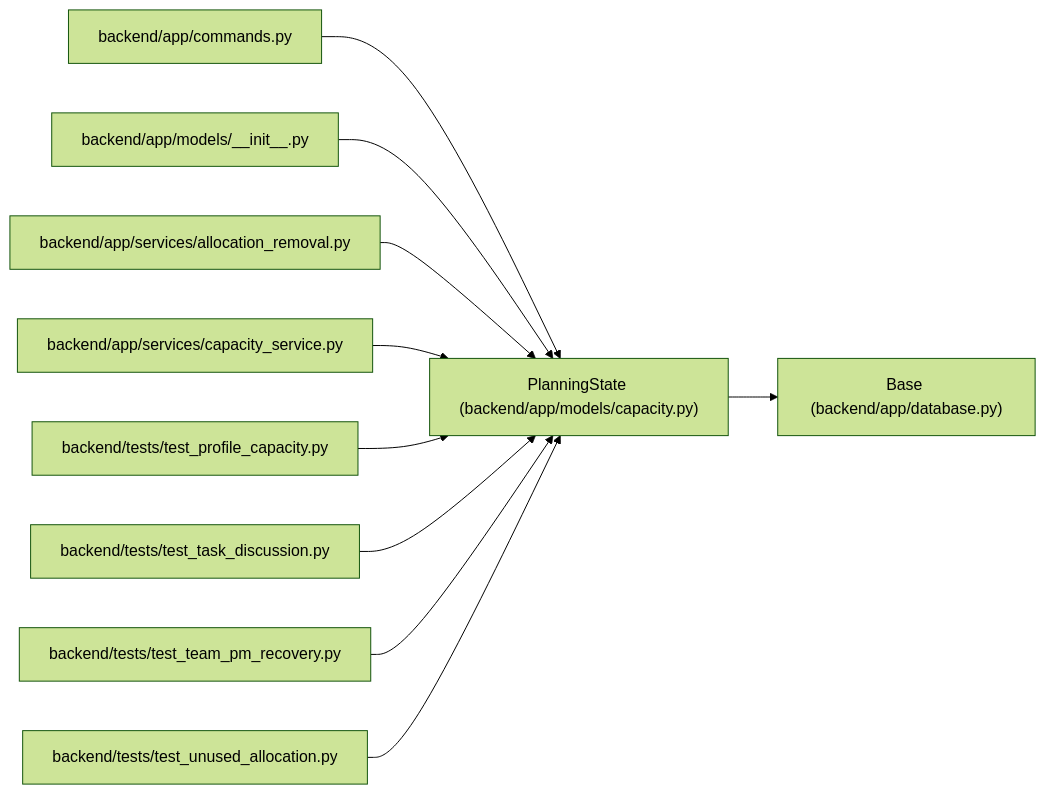
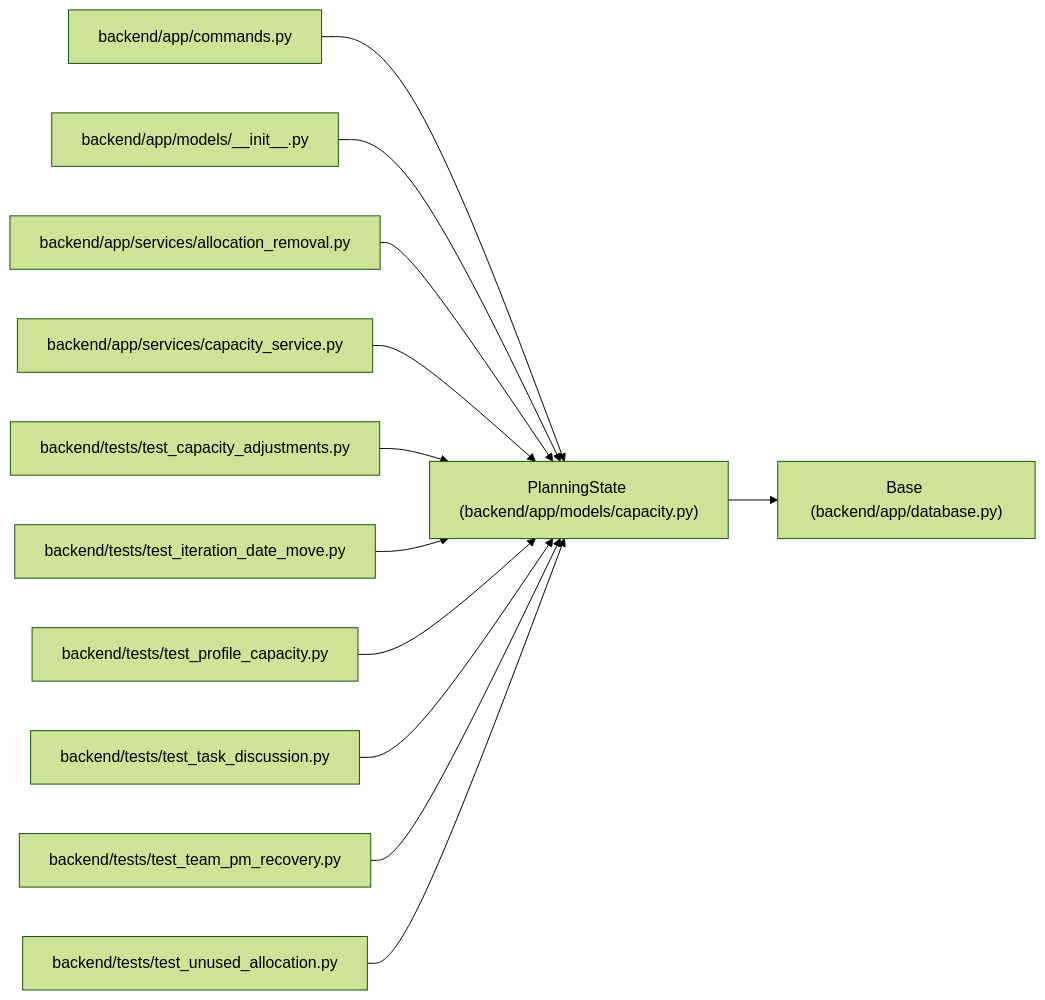
Before and after one commit to Denissvgn/WorkChord: the diagram in docs/llm_wiki/entities/PlanningState.md, drawn with Mermaid (forest theme). The commit also changed other lines of this file and 1817 other files, not shown here.

First line of the commit message:
Refresh the architectural wiki for the 1.9.0 changes

````diff
--- a/docs/llm_wiki/entities/PlanningState.md
+++ b/docs/llm_wiki/entities/PlanningState.md
@@ -26,32 +26,38 @@
 ```mermaid
 flowchart LR
     n0["PlanningState (backend/app/models/capacity.py)"]
     n1["Base (backend/app/database.py)"]
     n2["backend/app/commands.py"]
     n3["backend/app/models/__init__.py"]
     n4["backend/app/services/allocation_removal.py"]
     n5["backend/app/services/capacity_service.py"]
-    n6["backend/tests/test_profile_capacity.py"]
-    n7["backend/tests/test_task_discussion.py"]
-    n8["backend/tests/test_team_pm_recovery.py"]
-    n9["backend/tests/test_unused_allocation.py"]
+    n6["backend/tests/test_capacity_adjustments.py"]
+    n7["backend/tests/test_iteration_date_move.py"]
+    n8["backend/tests/test_profile_capacity.py"]
+    n9["backend/tests/test_task_discussion.py"]
+    n10["backend/tests/test_team_pm_recovery.py"]
+    n11["backend/tests/test_unused_allocation.py"]
     n0 --> n1
     n2 --> n0
     n3 --> n0
     n4 --> n0
     n5 --> n0
     n6 --> n0
     n7 --> n0
     n8 --> n0
     n9 --> n0
+    n10 --> n0
+    n11 --> n0
     click n0 "../modules/models_capacity.md"
     click n1 "../modules/app_database.md"
     click n2 "../modules/commands.md"
     click n3 "../modules/models___init__.md"
     click n4 "../modules/allocation_removal.md"
     click n5 "../modules/capacity_service.md"
-    click n6 "../modules/test_profile_capacity.md"
-    click n7 "../modules/test_task_discussion.md"
-    click n8 "../modules/test_team_pm_recovery.md"
-    click n9 "../modules/test_unused_allocation.md"
+    click n6 "../modules/test_capacity_adjustments.md"
+    click n7 "../modules/test_iteration_date_move.md"
+    click n8 "../modules/test_profile_capacity.md"
+    click n9 "../modules/test_task_discussion.md"
+    click n10 "../modules/test_team_pm_recovery.md"
+    click n11 "../modules/test_unused_allocation.md"
 ```
````
